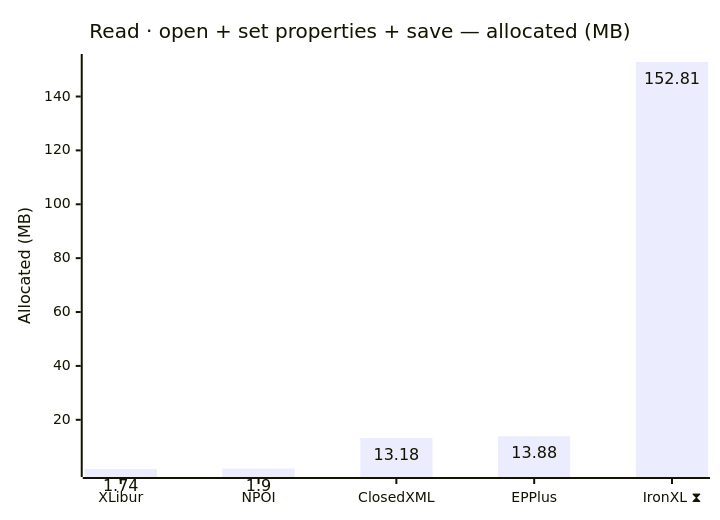
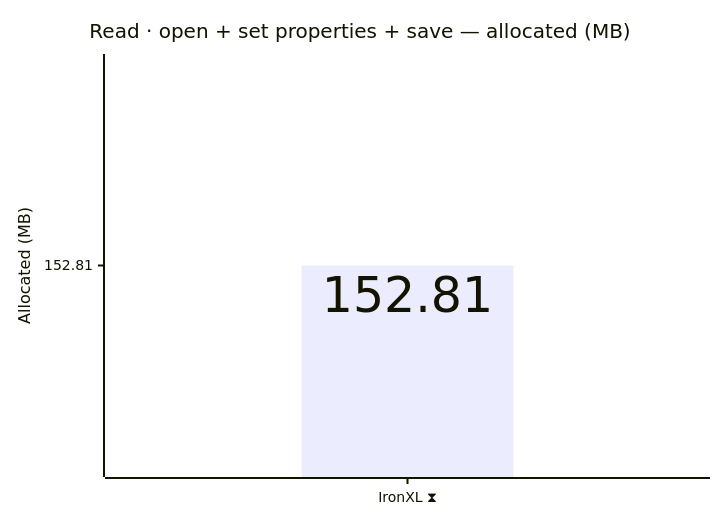
Before and after one commit to jafin/XLBench: the second of 12 diagrams in docs/results.md, drawn with Mermaid. The commit also changed other lines of this file and 2 other files, not shown here.

First line of the commit message:
chore(deps): bump XLibur to 0.310.1-beta.5 and republish

````diff
--- a/docs/results.md
+++ b/docs/results.md
@@ -52,12 +52,12 @@
 ```mermaid
 ---
 config:
   xyChart:
     showDataLabel: true
 ---
 xychart-beta
     title "Read · open + set properties + save — allocated (MB)"
-    x-axis ["XLibur", "NPOI", "ClosedXML", "EPPlus", "IronXL ⧗"]
+    x-axis ["IronXL ⧗"]
     y-axis "Allocated (MB)"
-    bar [1.74, 1.9, 13.18, 13.88, 152.81]
+    bar [152.81]
 ```
````
